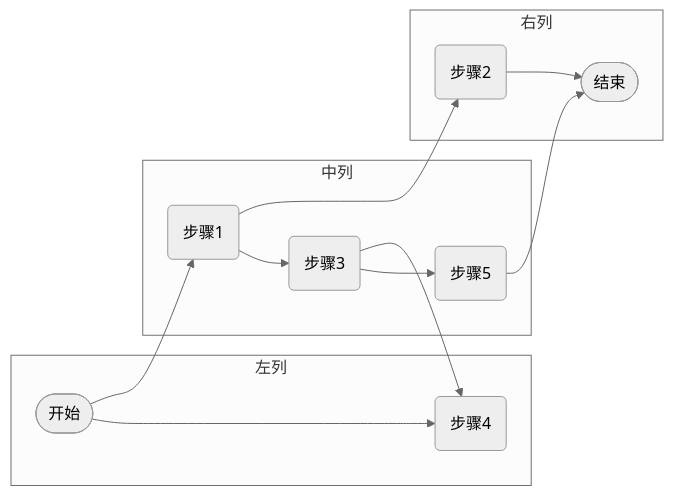
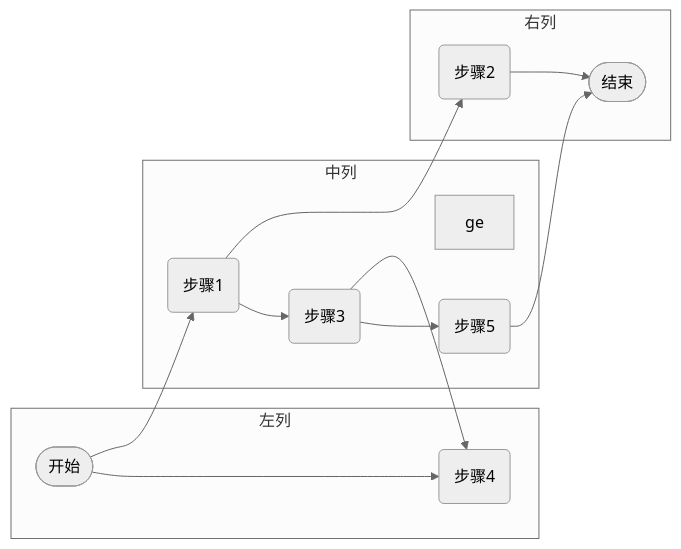
The diagram in all/未命名-2.md (sdgixfg/iodraw-files), drawn with Mermaid (neutral theme) before and after one commit.

Commit message:
2025-05-24 15:05:42 update

````diff
--- a/all/未命名-2.md
+++ b/all/未命名-2.md
@@ -1,15 +1,16 @@
 ```mermaid
 graph LR
 subgraph "左列"
 A([开始]) --> E(步骤4)
 end
 subgraph "中列"
+ge
 B(步骤1) --> D(步骤3) --> F(步骤5)
 end
 subgraph "右列"
 C(步骤2) --> G([结束])
 end
 A --> B --> C
 D --> E
 F --> G
 ```
````
